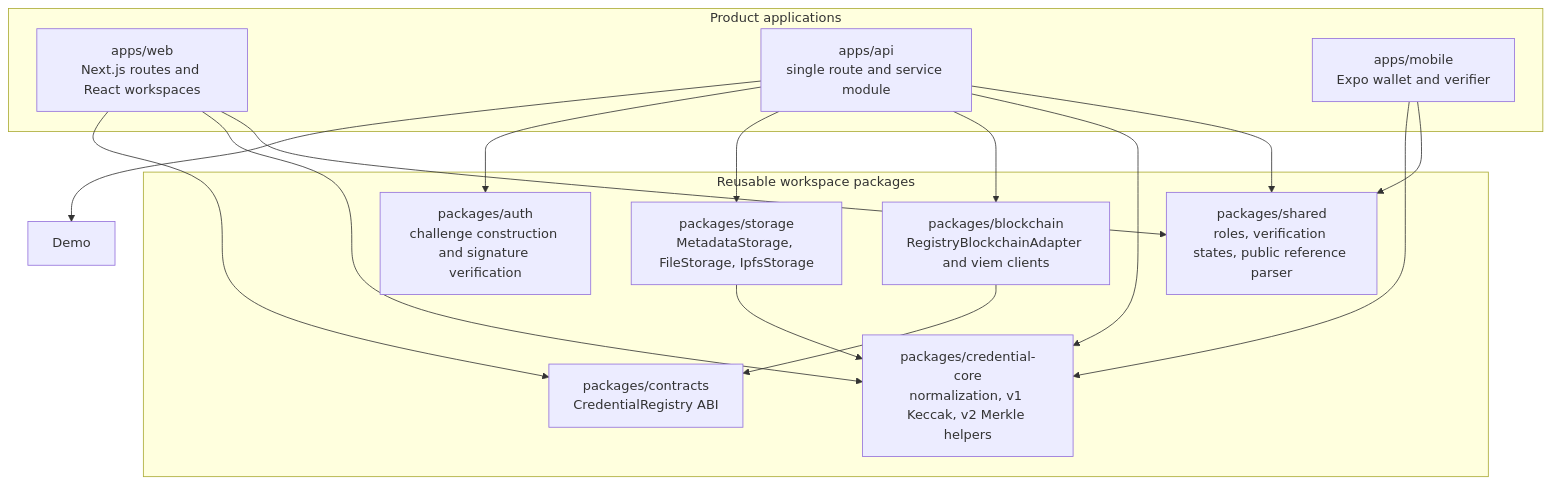
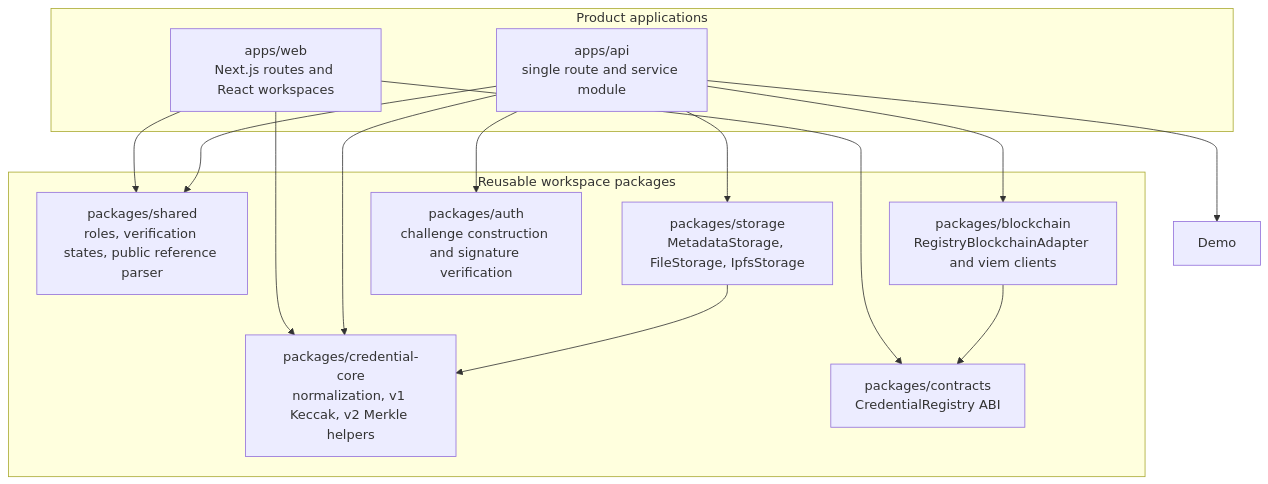
One commit to vishnunathasuresh/credora changed the second of 8 diagrams in docs/architecture/diagrams.md. Above: the diagram before and after it, drawn with Mermaid. The commit also changed other lines of this file and 42 other files, not shown here.

````diff
--- a/docs/architecture/diagrams.md
+++ b/docs/architecture/diagrams.md
@@ -124,31 +117,28 @@
 ```mermaid
 flowchart TB
   subgraph Apps[Product applications]
     Web[apps/web<br/>Next.js routes and React workspaces]
     Api[apps/api<br/>single route and service module]
-    Mobile[apps/mobile<br/>Expo wallet and verifier]
   end
 
   subgraph Packages[Reusable workspace packages]
     Shared[packages/shared<br/>roles, verification states, public reference parser]
     Core[packages/credential-core<br/>normalization, v1 Keccak, v2 Merkle helpers]
     Abi[packages/contracts<br/>CredentialRegistry ABI]
     Chain[packages/blockchain<br/>RegistryBlockchainAdapter and viem clients]
     Storage[packages/storage<br/>MetadataStorage, FileStorage, IpfsStorage]
     Auth[packages/auth<br/>challenge construction and signature verification]
   end
 
   Web --> Shared
   Web --> Core
   Web --> Abi
   Api --> Shared
   Api --> Core
   Api --> Chain
   Api --> Storage
   Api --> Auth
   Api --> Demo
-  Mobile --> Shared
-  Mobile --> Core
   Chain --> Abi
   Storage --> Core
 ```
````
